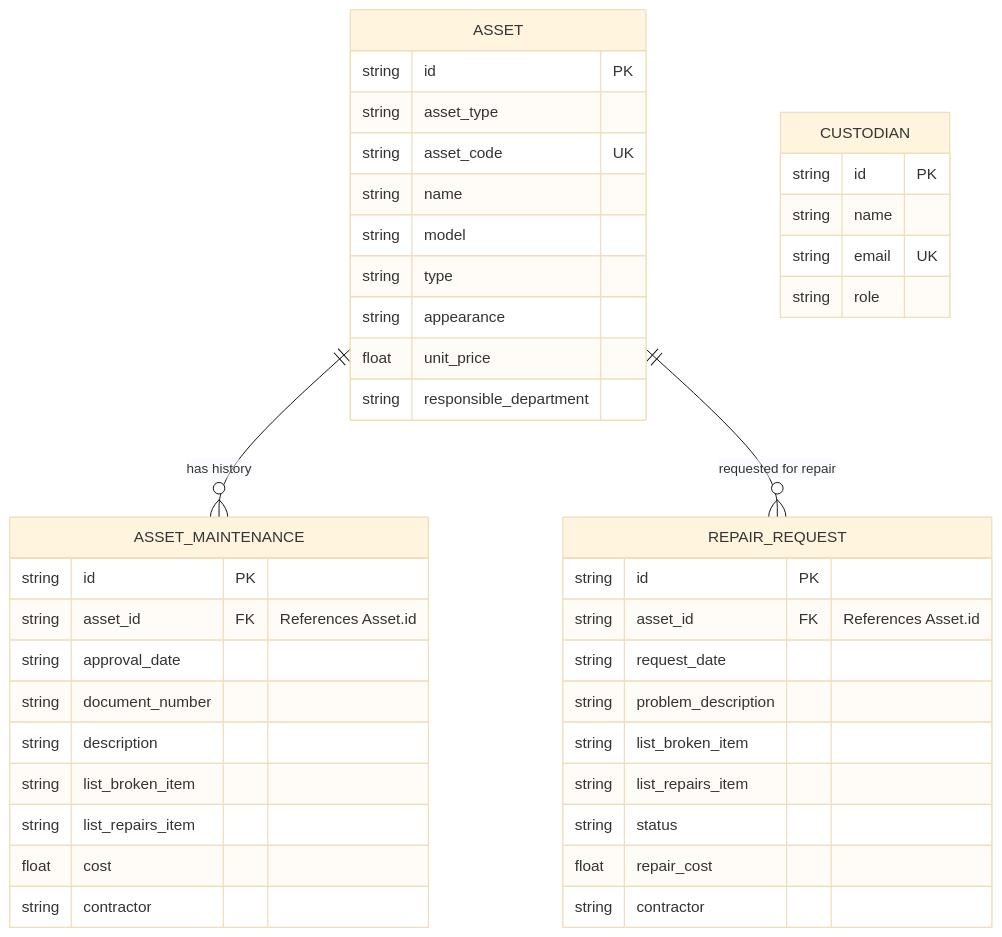
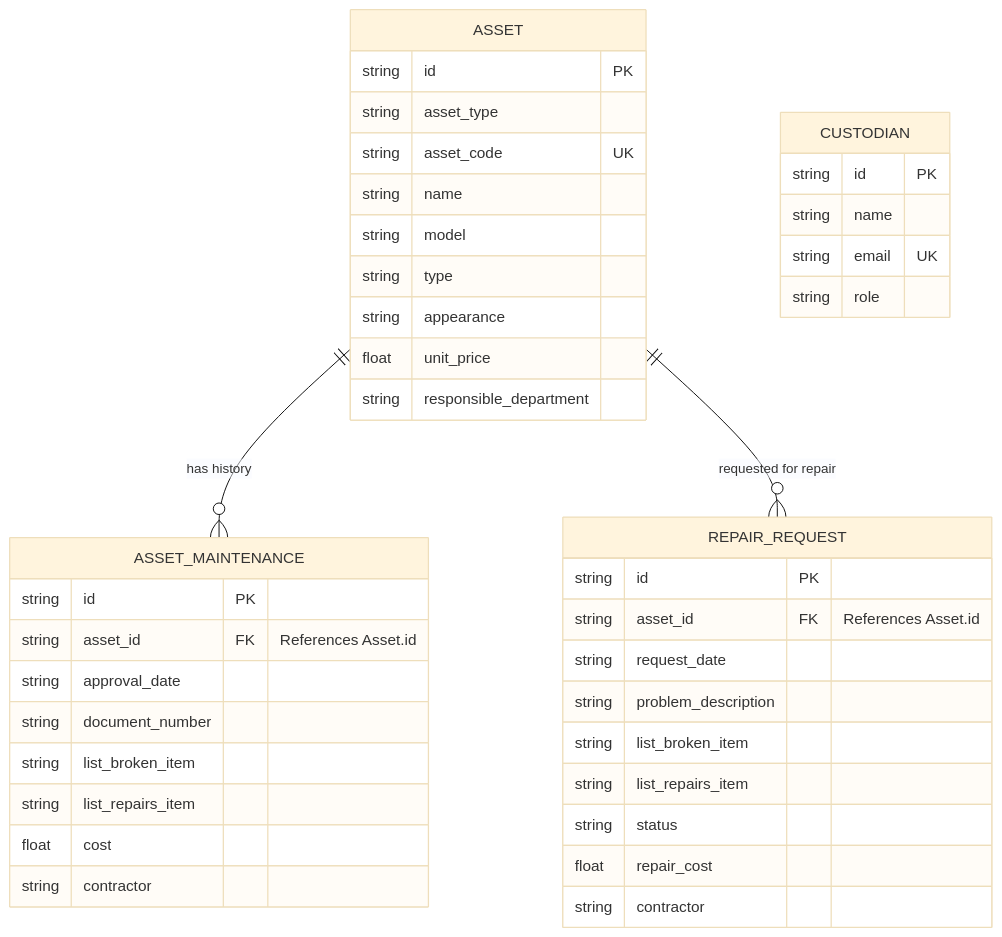
The diagram in DATA_MODEL.md (Key-EZ/inventory), drawn with Mermaid (base theme) before and after one commit. The commit also changed other lines of this file and 4 other files, not shown here.

````diff
--- a/DATA_MODEL.md
+++ b/DATA_MODEL.md
@@ -127,44 +126,43 @@
 ```mermaid
 erDiagram
     ASSET ||--o{ ASSET_MAINTENANCE : "has history"
     ASSET ||--o{ REPAIR_REQUEST : "requested for repair"
     ASSET {
         string id PK
         string asset_type
         string asset_code UK
         string name
         string model
         string type
         string appearance
         float unit_price
         string responsible_department
     }
     ASSET_MAINTENANCE {
         string id PK
         string asset_id FK "References Asset.id"
         string approval_date
         string document_number
-        string description
         string list_broken_item
         string list_repairs_item
         float cost
         string contractor
     }
     REPAIR_REQUEST {
         string id PK
         string asset_id FK "References Asset.id"
         string request_date
         string problem_description
         string list_broken_item
         string list_repairs_item
         string status
         float repair_cost
         string contractor
     }
     CUSTODIAN {
         string id PK
         string name
         string email UK
         string role
     }
 ```
````
